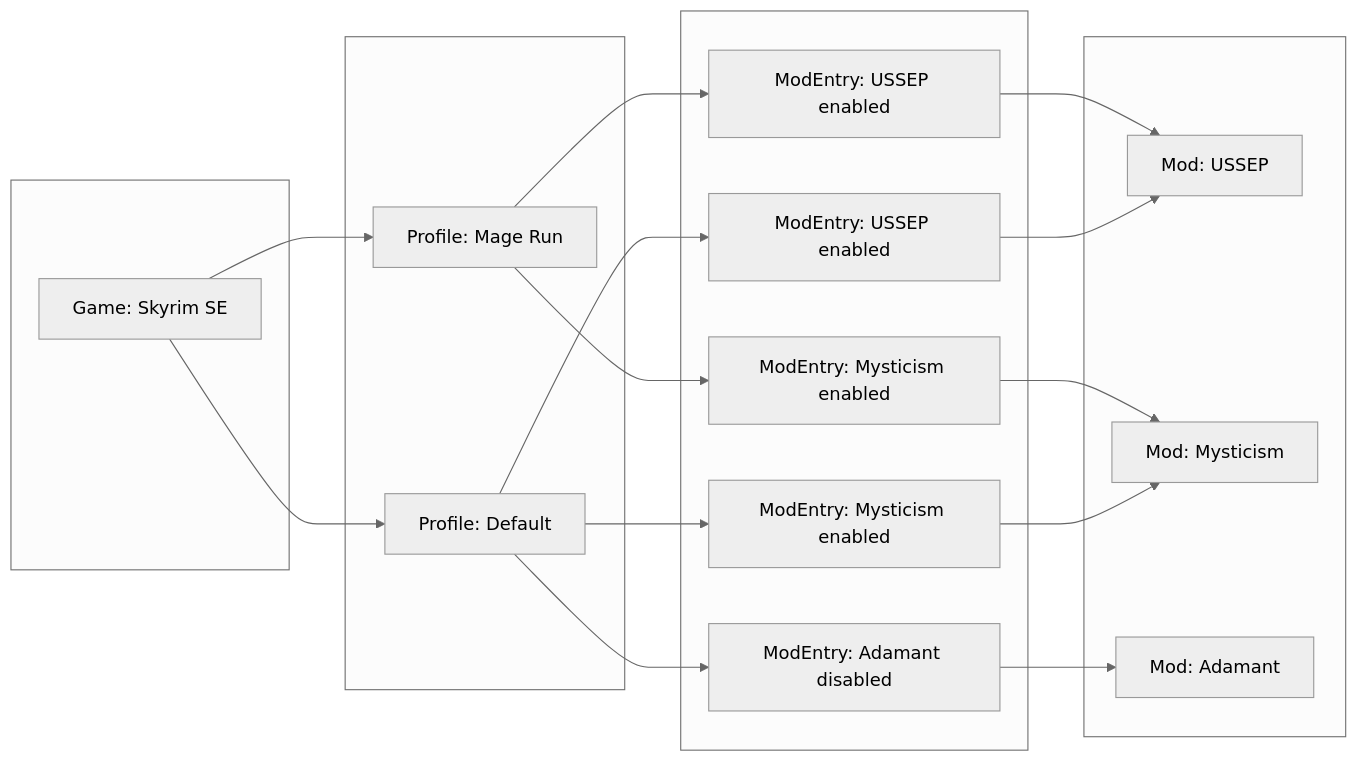
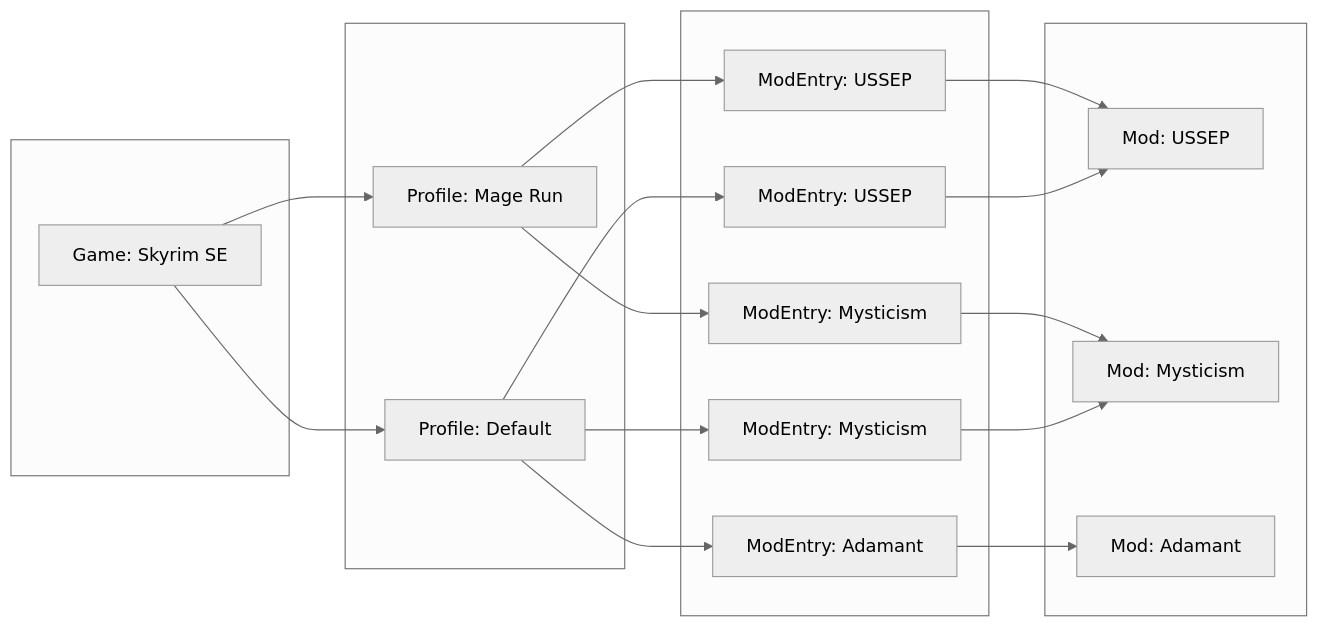
Before and after one commit to Kruziikrel13/barnacle: the second of 2 diagrams in barnacle-lib/CONTRIBUTING.md, drawn with Mermaid (neutral theme).

Commit message:
lib: fix diagram

````diff
--- a/barnacle-lib/CONTRIBUTING.md
+++ b/barnacle-lib/CONTRIBUTING.md
@@ -23,50 +23,50 @@
 ```mermaid
 graph LR
     %% Column 1: Game
     subgraph G[ ]
         Skyrim[Game: Skyrim SE]
     end
 
     %% Column 2: Profiles
     subgraph P[ ]
         DefaultProfile[Profile: Default]
         MageProfile[Profile: Mage Run]
     end
 
     %% Column 3: ModEntries
     subgraph ME[ ]
-        ME1[ModEntry: USSEP enabled]
-        ME2[ModEntry: Mysticism enabled]
-        ME3[ModEntry: Adamant disabled]
+        ME1[ModEntry: USSEP]
+        ME2[ModEntry: Mysticism]
+        ME3[ModEntry: Adamant]
 
-        ME4[ModEntry: USSEP enabled]
-        ME5[ModEntry: Mysticism enabled]
+        ME4[ModEntry: USSEP]
+        ME5[ModEntry: Mysticism]
     end
 
     %% Column 4: Mods
     subgraph M[ ]
         USSEP[Mod: USSEP]
         Mysticism[Mod: Mysticism]
         Adamant[Mod: Adamant]
     end
 
     %% Game → Profile
     Skyrim --> DefaultProfile
     Skyrim --> MageProfile
 
     %% Profile → ModEntry
     DefaultProfile --> ME1
     DefaultProfile --> ME2
     DefaultProfile --> ME3
 
     MageProfile --> ME4
     MageProfile --> ME5
 
     %% ModEntry → Mod
     ME1 --> USSEP
     ME2 --> Mysticism
     ME3 --> Adamant
 
     ME4 --> USSEP
     ME5 --> Mysticism
 ```
````
